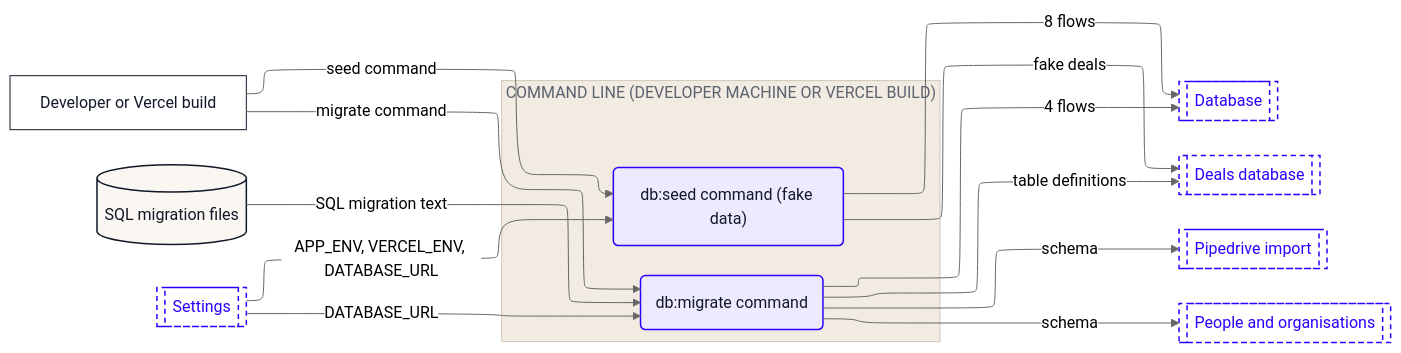
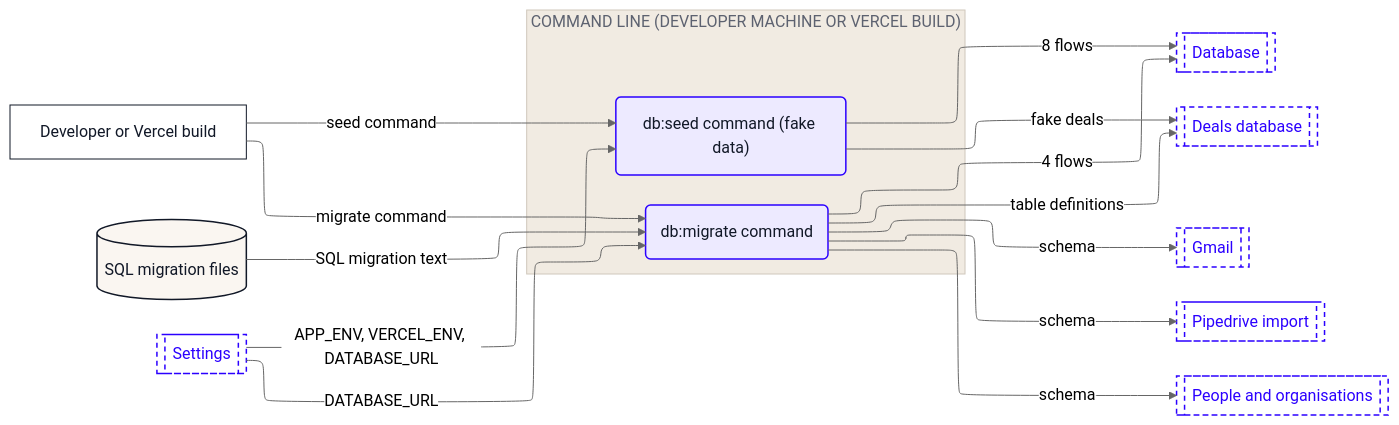
Before and after one commit to Romain-Perche/Barnacle-Pipe: the fourth of 13 diagrams in dataflow/DATAFLOW.md, drawn with Mermaid (neutral theme). The commit also changed other lines of this file and 12 other files, not shown here.

````diff
--- a/dataflow/DATAFLOW.md
+++ b/dataflow/DATAFLOW.md
@@ -280,40 +291,42 @@
 ```mermaid
 ---
 config:
   layout: elk
 ---
 flowchart LR
     n1["Developer or Vercel build"]
     n2[("SQL migration files")]
     subgraph z1["COMMAND LINE (DEVELOPER MACHINE OR VERCEL BUILD)"]
         n3("db:migrate command")
         n4("db:seed command (fake data)")
     end
     n5[["Database"]]
     n6[["Deals database"]]
-    n7[["Pipedrive import"]]
-    n8[["People and organisations"]]
-    n9[["Settings"]]
+    n7[["Gmail"]]
+    n8[["Pipedrive import"]]
+    n9[["People and organisations"]]
+    n10[["Settings"]]
     n1 -->|"migrate command"| n3
     n1 -->|"seed command"| n4
-    n9 -->|"DATABASE_URL"| n3
-    n9 -->|"APP_ENV, VERCEL_ENV, DATABASE_URL"| n4
+    n10 -->|"DATABASE_URL"| n3
+    n10 -->|"APP_ENV, VERCEL_ENV, DATABASE_URL"| n4
     n3 -->|"4 flows"| n5
     n3 -->|"table definitions"| n6
+    n3 -->|"schema"| n7
+    n3 -->|"schema"| n9
     n3 -->|"schema"| n8
-    n3 -->|"schema"| n7
     n2 -->|"SQL migration text"| n3
     n4 -->|"8 flows"| n5
     n4 -->|"fake deals"| n6
     classDef actor fill:#FFFFFF,stroke:#111827,stroke-width:1px,color:#111827
     classDef process fill:#EDEAFF,stroke:#2B00FF,stroke-width:1.5px,color:#111827
     classDef store fill:#FAF6F1,stroke:#111827,stroke-width:1.5px,color:#111827
     classDef zone fill:#1A1A1A,stroke:#1A1A1A,color:#FFFFFF
     classDef group fill:#2B00FF,stroke:#2B00FF,color:#FFFFFF
     classDef stub fill:#FFFFFF,stroke:#2B00FF,stroke-width:1.5px,stroke-dasharray:5 4,color:#2B00FF
     class n1 actor
     class n3,n4 process
     class n2 store
-    class n5,n6,n7,n8,n9 stub
+    class n5,n6,n7,n8,n9,n10 stub
     style z1 fill:#F1EBE2,stroke:#CFC7BB,color:#5D6270
 ```
````
